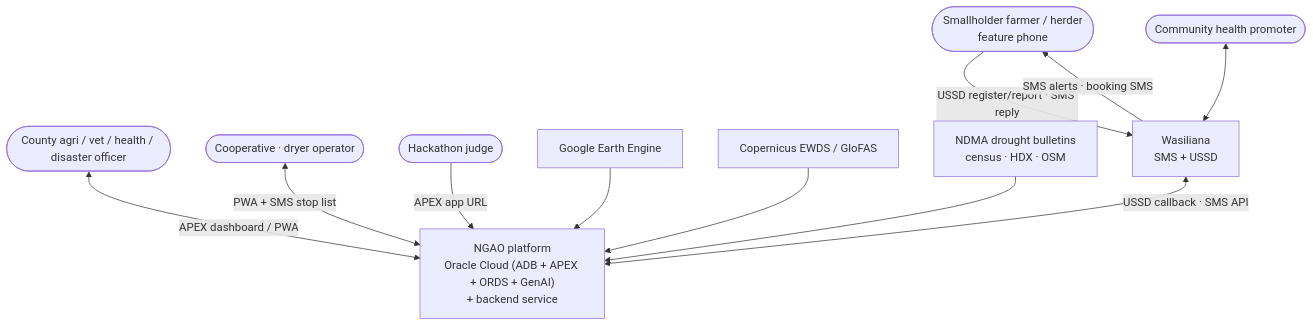
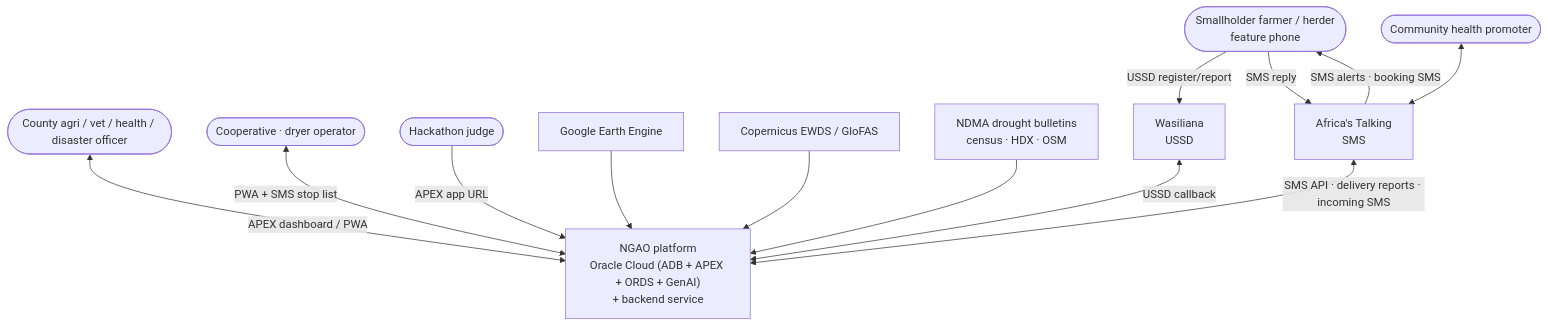
One commit to ChristopherKiokoStrathmore/DrainSense-Global changed the first of 8 diagrams in docs/ARCHITECTURE.md. Above: the diagram before and after it, drawn with Mermaid. The commit also changed other lines of this file and 24 other files, not shown here.

````diff
--- a/docs/ARCHITECTURE.md
+++ b/docs/ARCHITECTURE.md
@@ -40,26 +40,29 @@
 ```mermaid
 flowchart TB
   farmer(["Smallholder farmer / herder<br/>feature phone"])
   promoter(["Community health promoter"])
   officer(["County agri / vet / health / disaster officer"])
   coop(["Cooperative · dryer operator"])
   judge(["Hackathon judge"])
 
   ngao["NGAO platform<br/>Oracle Cloud (ADB + APEX + ORDS + GenAI)<br/>+ backend service"]
 
   gee["Google Earth Engine"]
   glofas["Copernicus EWDS / GloFAS"]
   ndma["NDMA drought bulletins<br/>census · HDX · OSM"]
-  wa["Wasiliana<br/>SMS + USSD"]
+  wa["Wasiliana<br/>USSD"]
+  at["Africa's Talking<br/>SMS"]
 
-  farmer -- "USSD register/report · SMS reply" --> wa
-  wa -- "SMS alerts · booking SMS" --> farmer
-  promoter <--> wa
-  wa <-- "USSD callback · SMS API" --> ngao
+  farmer -- "USSD register/report" --> wa
+  farmer -- "SMS reply" --> at
+  at -- "SMS alerts · booking SMS" --> farmer
+  promoter <--> at
+  wa <-- "USSD callback" --> ngao
+  at <-- "SMS API · delivery reports · incoming SMS" --> ngao
   officer <-- "APEX dashboard / PWA" --> ngao
   coop <-- "PWA + SMS stop list" --> ngao
   judge -- "APEX app URL" --> ngao
   gee --> ngao
   glofas --> ngao
   ndma --> ngao
 ```
````
